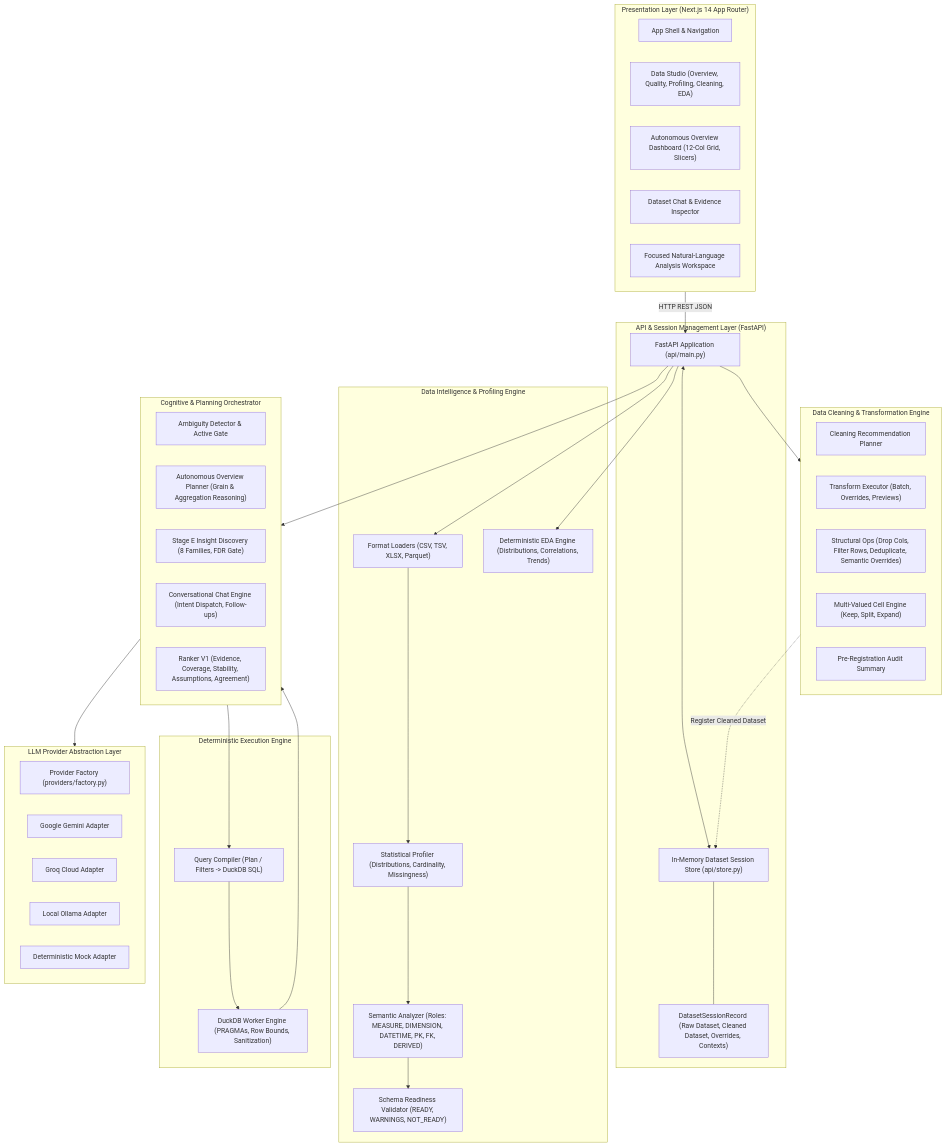
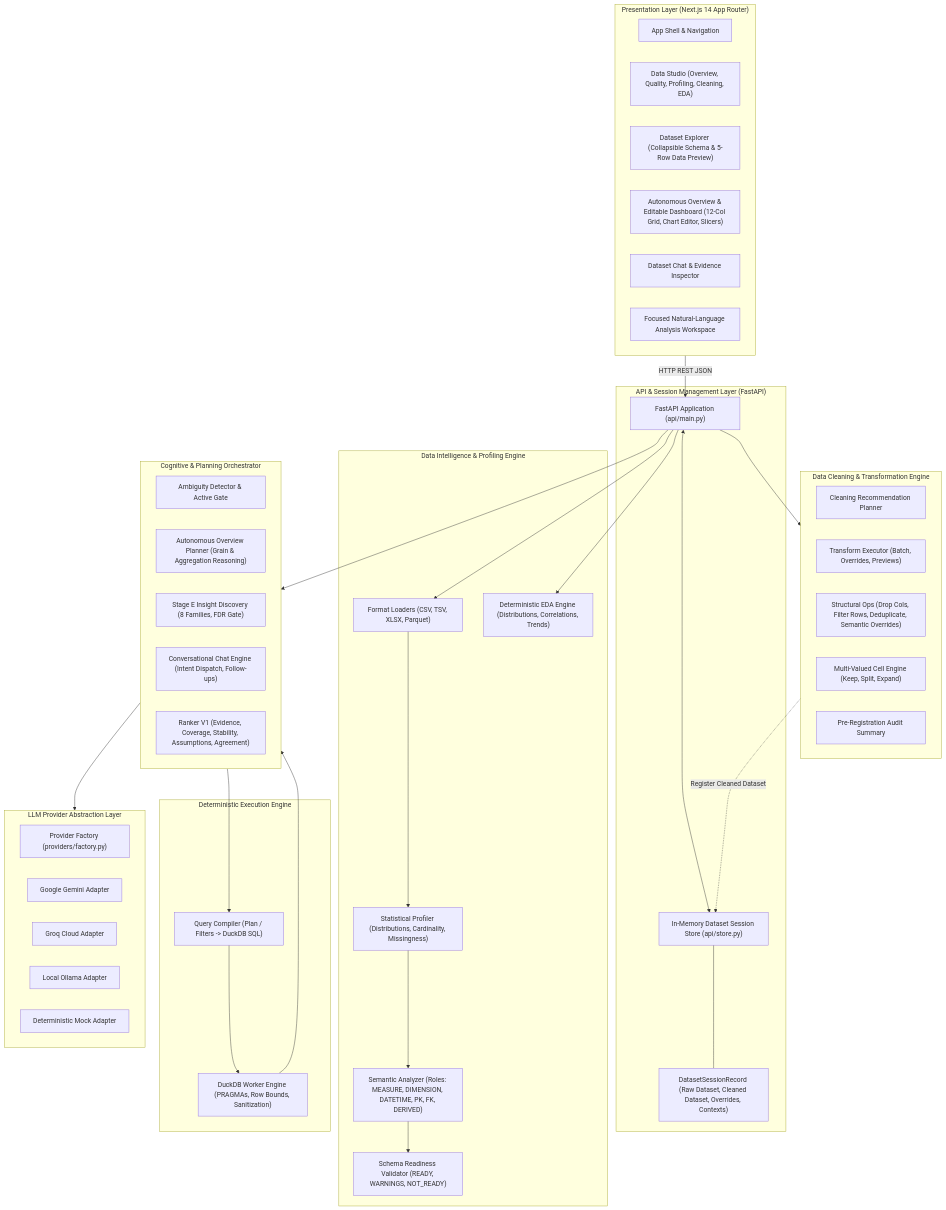
The first of 2 diagrams in docs/system_architecture.md (Hemanthsai456/AI-Driven-Business-Intelligence-Dashboard-Automation-Platform), drawn with Mermaid before and after one commit. The commit also changed other lines of this file and 5 other files, not shown here.

Commit message:
update documentation for editable dashboard and data explorer

````diff
--- a/docs/system_architecture.md
+++ b/docs/system_architecture.md
@@ -12,69 +12,70 @@
 ```mermaid
 flowchart TD
     subgraph UI ["Presentation Layer (Next.js 14 App Router)"]
         Nav["App Shell & Navigation"]
         DataStudioView["Data Studio (Overview, Quality, Profiling, Cleaning, EDA)"]
-        DashboardView["Autonomous Overview Dashboard (12-Col Grid, Slicers)"]
+        DatasetExplorerView["Dataset Explorer (Collapsible Schema & 5-Row Data Preview)"]
+        DashboardView["Autonomous Overview & Editable Dashboard (12-Col Grid, Chart Editor, Slicers)"]
         ChatView["Dataset Chat & Evidence Inspector"]
         AnalysisView["Focused Natural-Language Analysis Workspace"]
     end
 
     subgraph API ["API & Session Management Layer (FastAPI)"]
         RESTRouter["FastAPI Application (api/main.py)"]
         SessionStore["In-Memory Dataset Session Store (api/store.py)"]
         Record["DatasetSessionRecord (Raw Dataset, Cleaned Dataset, Overrides, Contexts)"]
     end
 
     subgraph Intelligence ["Data Intelligence & Profiling Engine"]
         Loaders["Format Loaders (CSV, TSV, XLSX, Parquet)"]
         Profiler["Statistical Profiler (Distributions, Cardinality, Missingness)"]
         Semantics["Semantic Analyzer (Roles: MEASURE, DIMENSION, DATETIME, PK, FK, DERIVED)"]
         Readiness["Schema Readiness Validator (READY, WARNINGS, NOT_READY)"]
         EDA["Deterministic EDA Engine (Distributions, Correlations, Trends)"]
     end
 
     subgraph Cleaning ["Data Cleaning & Transformation Engine"]
         Planner["Cleaning Recommendation Planner"]
         Executor["Transform Executor (Batch, Overrides, Previews)"]
         Structural["Structural Ops (Drop Cols, Filter Rows, Deduplicate, Semantic Overrides)"]
         MultiValued["Multi-Valued Cell Engine (Keep, Split, Expand)"]
         Summary["Pre-Registration Audit Summary"]
     end
 
     subgraph Cognitive ["Cognitive & Planning Orchestrator"]
         Ambiguity["Ambiguity Detector & Active Gate"]
         AutonomousOverview["Autonomous Overview Planner (Grain & Aggregation Reasoning)"]
         InsightDiscovery["Stage E Insight Discovery (8 Families, FDR Gate)"]
         DatasetChatEngine["Conversational Chat Engine (Intent Dispatch, Follow-ups)"]
         Ranker["Ranker V1 (Evidence, Coverage, Stability, Assumptions, Agreement)"]
     end
 
     subgraph Execution ["Deterministic Execution Engine"]
         Compiler["Query Compiler (Plan / Filters -> DuckDB SQL)"]
         DuckDB["DuckDB Worker Engine (PRAGMAs, Row Bounds, Sanitization)"]
     end
 
     subgraph Providers ["LLM Provider Abstraction Layer"]
         Factory["Provider Factory (providers/factory.py)"]
         GeminiAdapter["Google Gemini Adapter"]
         GroqAdapter["Groq Cloud Adapter"]
         OllamaAdapter["Local Ollama Adapter"]
         MockAdapter["Deterministic Mock Adapter"]
     end
 
     UI -->|HTTP REST JSON| RESTRouter
     RESTRouter <--> SessionStore
     SessionStore --- Record
 
     RESTRouter --> Loaders
     Loaders --> Profiler --> Semantics --> Readiness
     RESTRouter --> Cleaning
     RESTRouter --> EDA
 
     RESTRouter --> Cognitive
     Cognitive --> Providers
     Cognitive --> Compiler
     Compiler --> DuckDB
     DuckDB --> Cognitive
     Cleaning -.->|Register Cleaned Dataset| SessionStore
 ```
````
